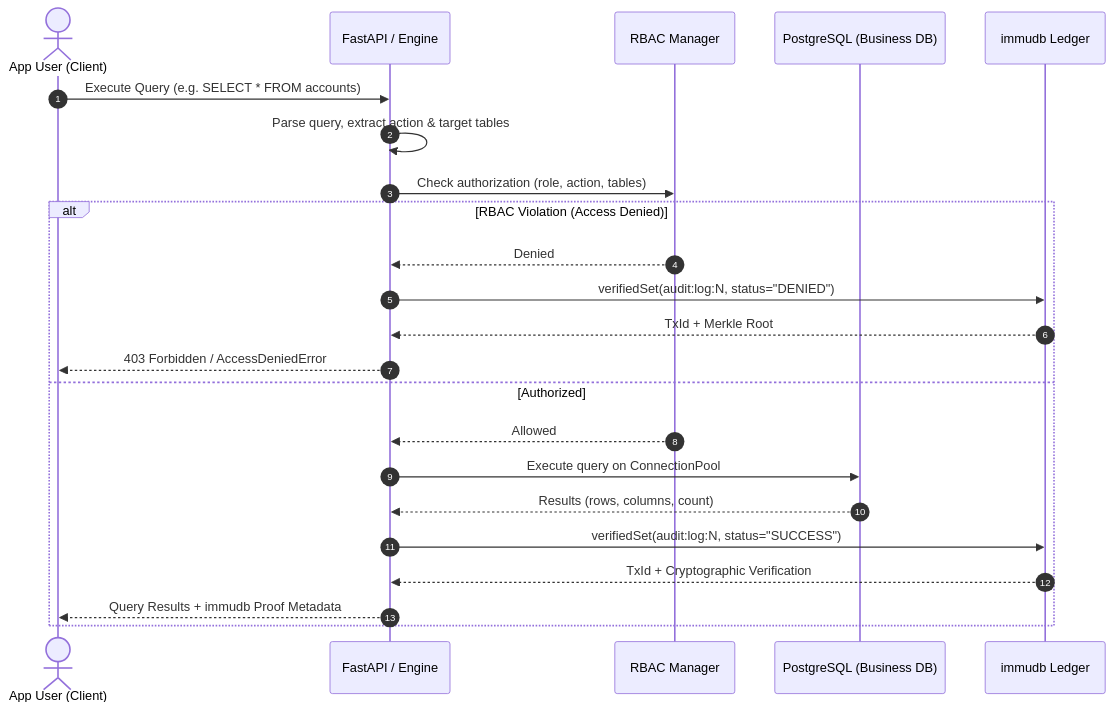
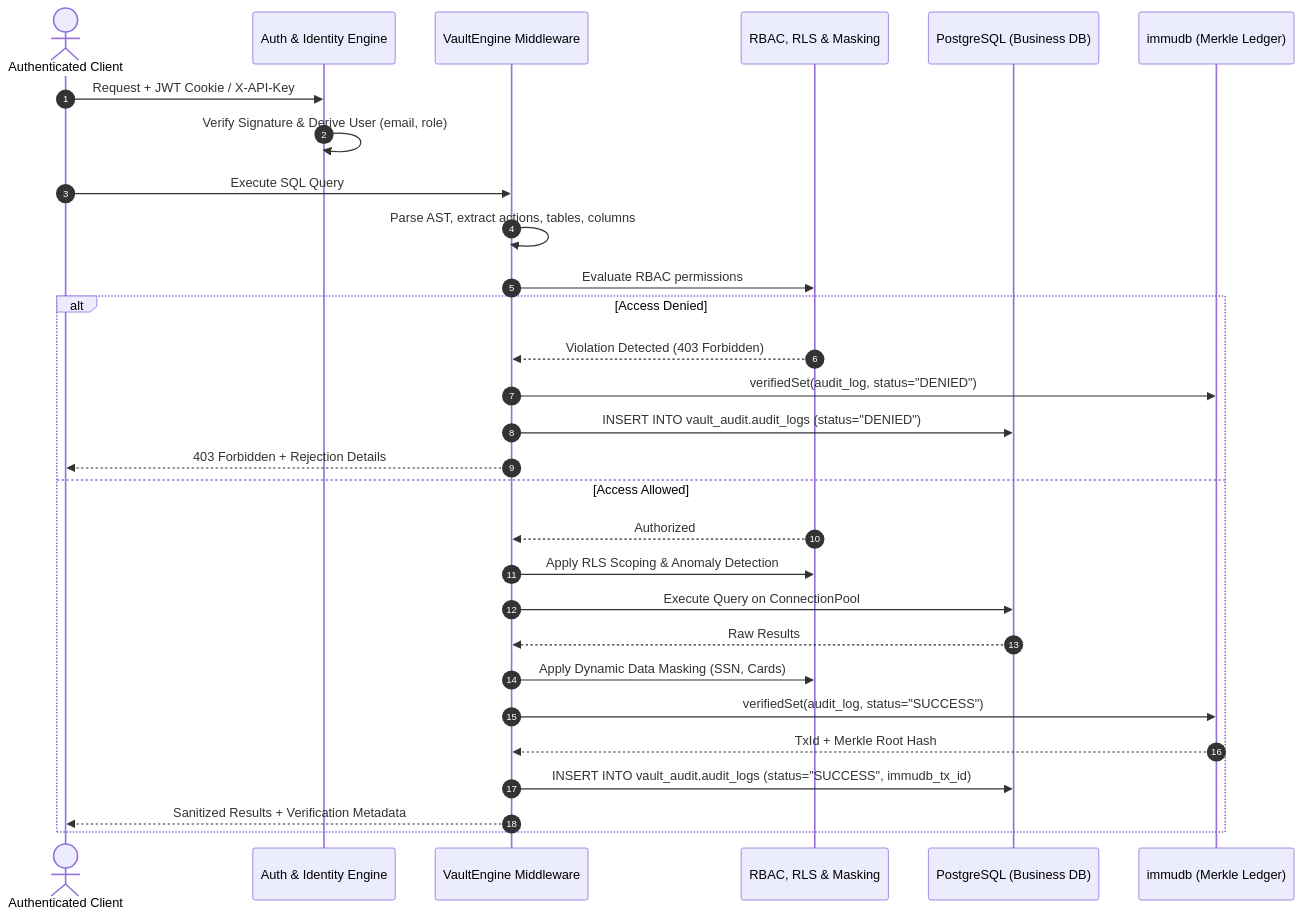
Before and after one commit to Sejal-hani/Vault_DB: the diagram in ARCHITECTURE.md, drawn with Mermaid. The commit also changed other lines of this file and 30 other files, not shown here.

Commit message:
feat: complete Enterprise v2 architecture with server-derived auth, tamper cross-verification, and turn-key docker deployment

````diff
--- a/ARCHITECTURE.md
+++ b/ARCHITECTURE.md
@@ -59,27 +86,33 @@
 ```mermaid
 sequenceDiagram
     autonumber
-    actor User as App User (Client)
-    participant API as FastAPI / Engine
-    participant RBAC as RBAC Manager
+    actor Client as Authenticated Client
+    participant Auth as Auth & Identity Engine
+    participant Engine as VaultEngine Middleware
+    participant Policy as RBAC, RLS & Masking
     participant PG as PostgreSQL (Business DB)
-    participant Immu as immudb Ledger
+    participant Immu as immudb (Merkle Ledger)
 
-    User->>API: Execute Query (e.g. SELECT * FROM accounts)
-    API->>API: Parse query, extract action & target tables
-    API->>RBAC: Check authorization (role, action, tables)
-    
-    alt RBAC Violation (Access Denied)
-        RBAC-->>API: Denied
-        API->>Immu: verifiedSet(audit:log:N, status="DENIED")
-        Immu-->>API: TxId + Merkle Root
-        API-->>User: 403 Forbidden / AccessDeniedError
-    else Authorized
-        RBAC-->>API: Allowed
-        API->>PG: Execute query on ConnectionPool
-        PG-->>API: Results (rows, columns, count)
-        API->>Immu: verifiedSet(audit:log:N, status="SUCCESS")
-        Immu-->>API: TxId + Cryptographic Verification
-        API-->>User: Query Results + immudb Proof Metadata
+    Client->>Auth: Request + JWT Cookie / X-API-Key
+    Auth->>Auth: Verify Signature & Derive User (email, role)
+    Client->>Engine: Execute SQL Query
+    Engine->>Engine: Parse AST, extract actions, tables, columns
+    Engine->>Policy: Evaluate RBAC permissions
+
+    alt Access Denied
+        Policy-->>Engine: Violation Detected (403 Forbidden)
+        Engine->>Immu: verifiedSet(audit_log, status="DENIED")
+        Engine->>PG: INSERT INTO vault_audit.audit_logs (status="DENIED")
+        Engine-->>Client: 403 Forbidden + Rejection Details
+    else Access Allowed
+        Policy-->>Engine: Authorized
+        Engine->>Policy: Apply RLS Scoping & Anomaly Detection
+        Engine->>PG: Execute Query on ConnectionPool
+        PG-->>Engine: Raw Results
+        Engine->>Policy: Apply Dynamic Data Masking (SSN, Cards)
+        Engine->>Immu: verifiedSet(audit_log, status="SUCCESS")
+        Immu-->>Engine: TxId + Merkle Root Hash
+        Engine->>PG: INSERT INTO vault_audit.audit_logs (status="SUCCESS", immudb_tx_id)
+        Engine-->>Client: Sanitized Results + Verification Metadata
     end
 ```
````
